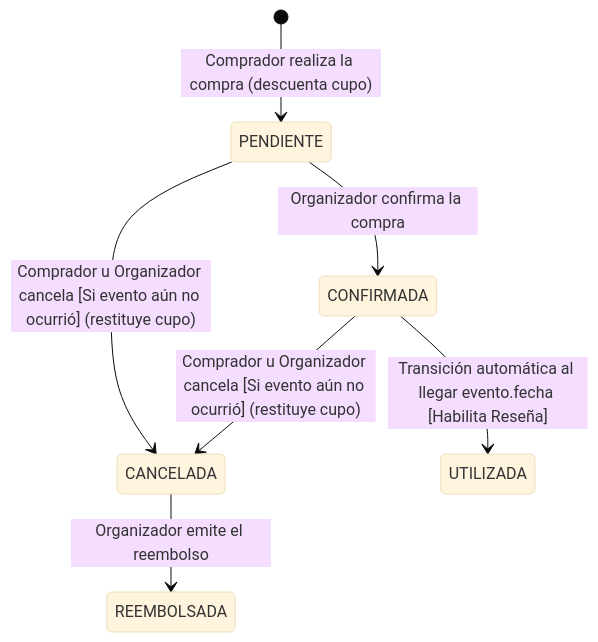
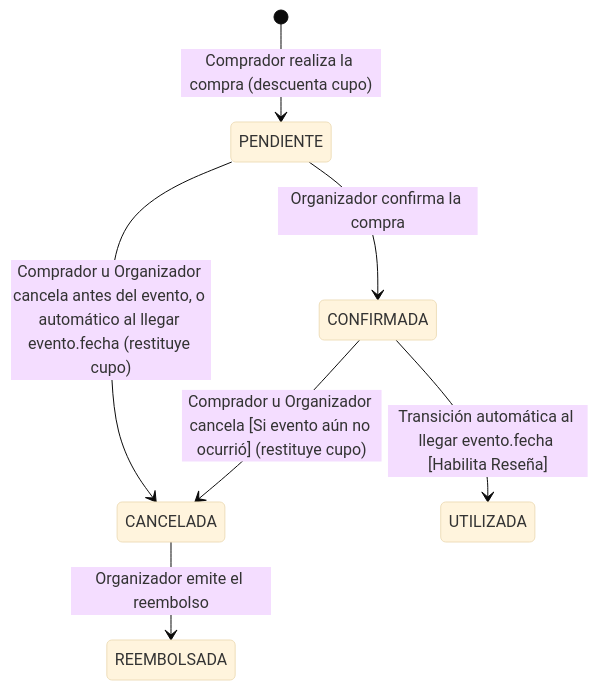
One commit to leojviegas/ai-ticket-it changed the diagram in specs/domain/02-maquina-estados-compra.md. Above: the diagram before and after it, drawn with Mermaid (base theme). The commit also changed other lines of this file and 12 other files, not shown here.

````diff
--- a/specs/domain/02-maquina-estados-compra.md
+++ b/specs/domain/02-maquina-estados-compra.md
@@ -11,9 +11,9 @@
 ```mermaid
 stateDiagram-v2
     [*] --> PENDIENTE : Comprador realiza la compra (descuenta cupo)
     PENDIENTE --> CONFIRMADA : Organizador confirma la compra
-    PENDIENTE --> CANCELADA : Comprador u Organizador cancela [Si evento aún no ocurrió] (restituye cupo)
+    PENDIENTE --> CANCELADA : Comprador u Organizador cancela antes del evento, o automático al llegar evento.fecha (restituye cupo)
     CONFIRMADA --> UTILIZADA : Transición automática al llegar evento.fecha [Habilita Reseña]
     CONFIRMADA --> CANCELADA : Comprador u Organizador cancela [Si evento aún no ocurrió] (restituye cupo)
     CANCELADA --> REEMBOLSADA : Organizador emite el reembolso
 ```
````
